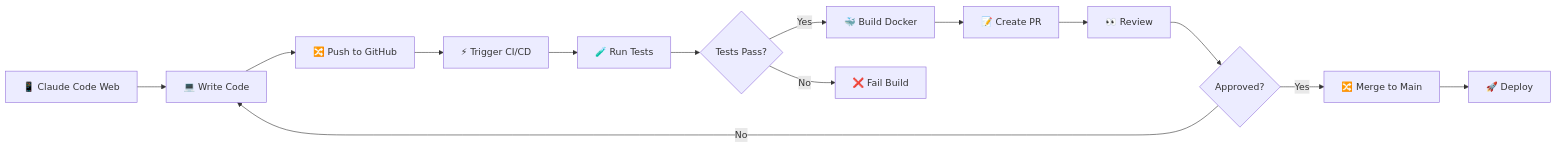
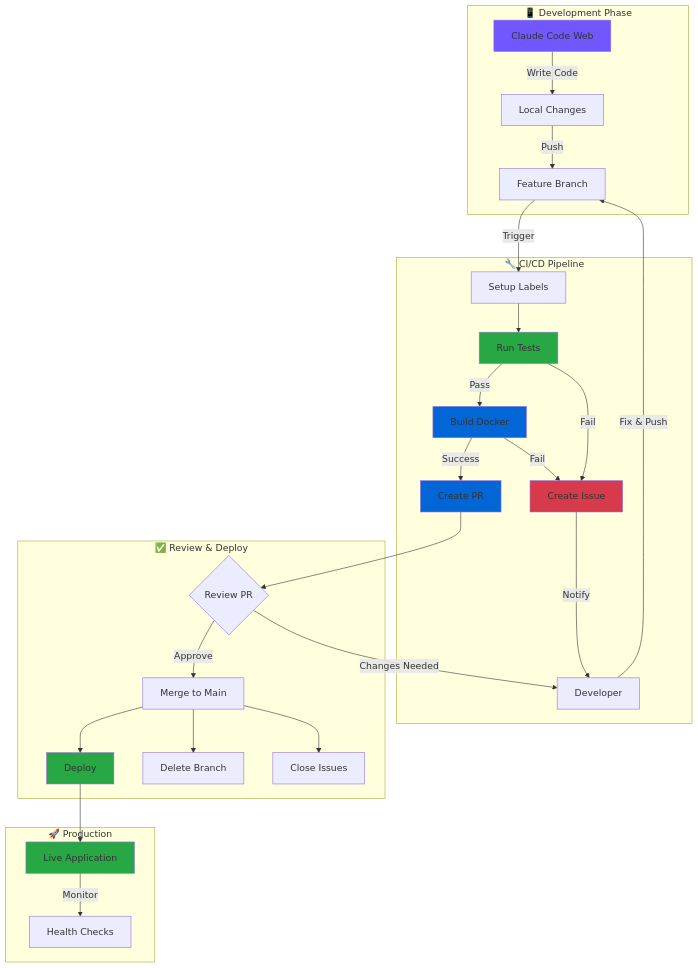
One commit to marcmassoteau-jpg/Claude-CI-CD changed the diagram in README.md. Above: the diagram before and after it, drawn with Mermaid. The commit also changed other lines of this file and 1 other file, not shown here.

````diff
--- a/README.md
+++ b/README.md
@@ -17,16 +82,40 @@
 ```mermaid
-graph LR
-    A[📱 Claude Code Web] --> B[💻 Write Code]
-    B --> C[🔀 Push to GitHub]
-    C --> D[⚡ Trigger CI/CD]
-    D --> E[🧪 Run Tests]
-    E --> F{Tests Pass?}
-    F -->|Yes| G[🐳 Build Docker]
-    F -->|No| H[❌ Fail Build]
-    G --> I[📝 Create PR]
-    I --> J[👀 Review]
-    J --> K{Approved?}
-    K -->|Yes| L[🔀 Merge to Main]
-    K -->|No| B
-    L --> M[🚀 Deploy]
+graph TB
+    subgraph "📱 Development Phase"
+        A[Claude Code Web] -->|Write Code| B[Local Changes]
+        B -->|Push| C[Feature Branch]
+    end
+
+    subgraph "🔧 CI/CD Pipeline"
+        C -->|Trigger| D[Setup Labels]
+        D --> E[Run Tests]
+        E -->|Pass| F[Build Docker]
+        E -->|Fail| G[Create Issue]
+        F -->|Success| H[Create PR]
+        F -->|Fail| G
+        G -->|Notify| I[Developer]
+        I -->|Fix & Push| C
+    end
+
+    subgraph "✅ Review & Deploy"
+        H --> J{Review PR}
+        J -->|Approve| K[Merge to Main]
+        J -->|Changes Needed| I
+        K --> L[Deploy]
+        K --> M[Delete Branch]
+        K --> N[Close Issues]
+    end
+
+    subgraph "🚀 Production"
+        L --> O[Live Application]
+        O -->|Monitor| P[Health Checks]
+    end
+
+    style A fill:#7057ff
+    style E fill:#28a745
+    style F fill:#0366d6
+    style G fill:#d73a4a
+    style H fill:#0366d6
+    style L fill:#28a745
+    style O fill:#28a745
 ```
````
